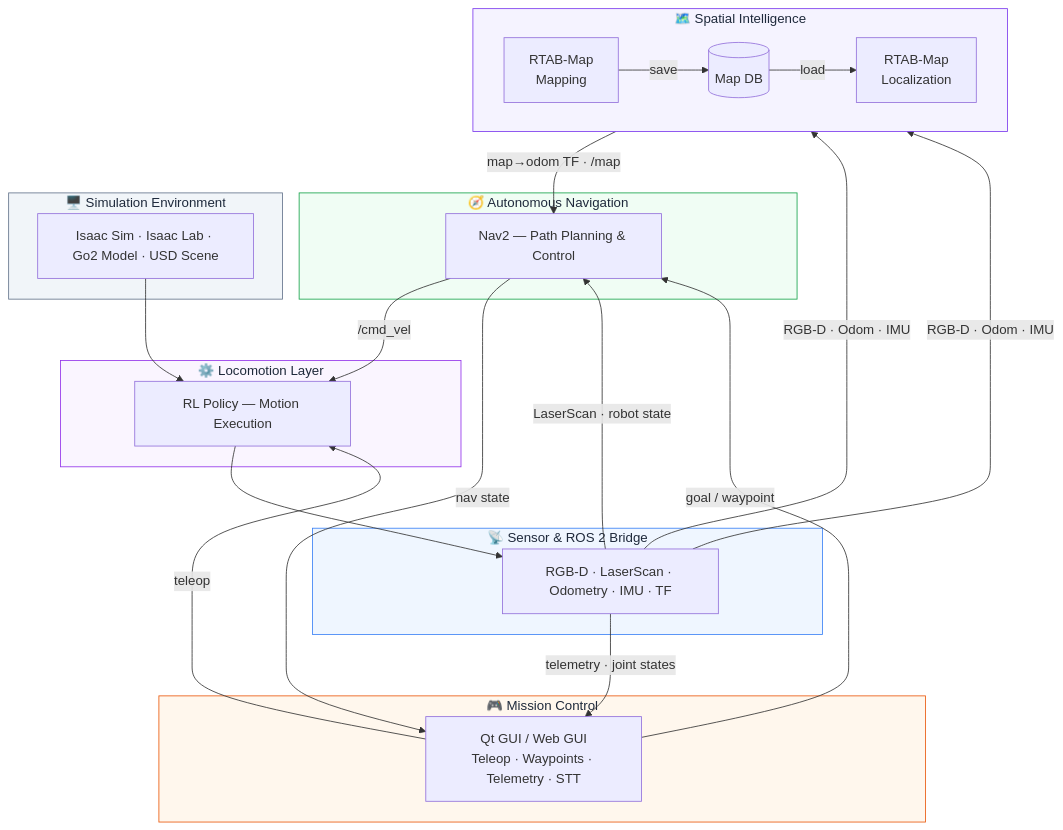
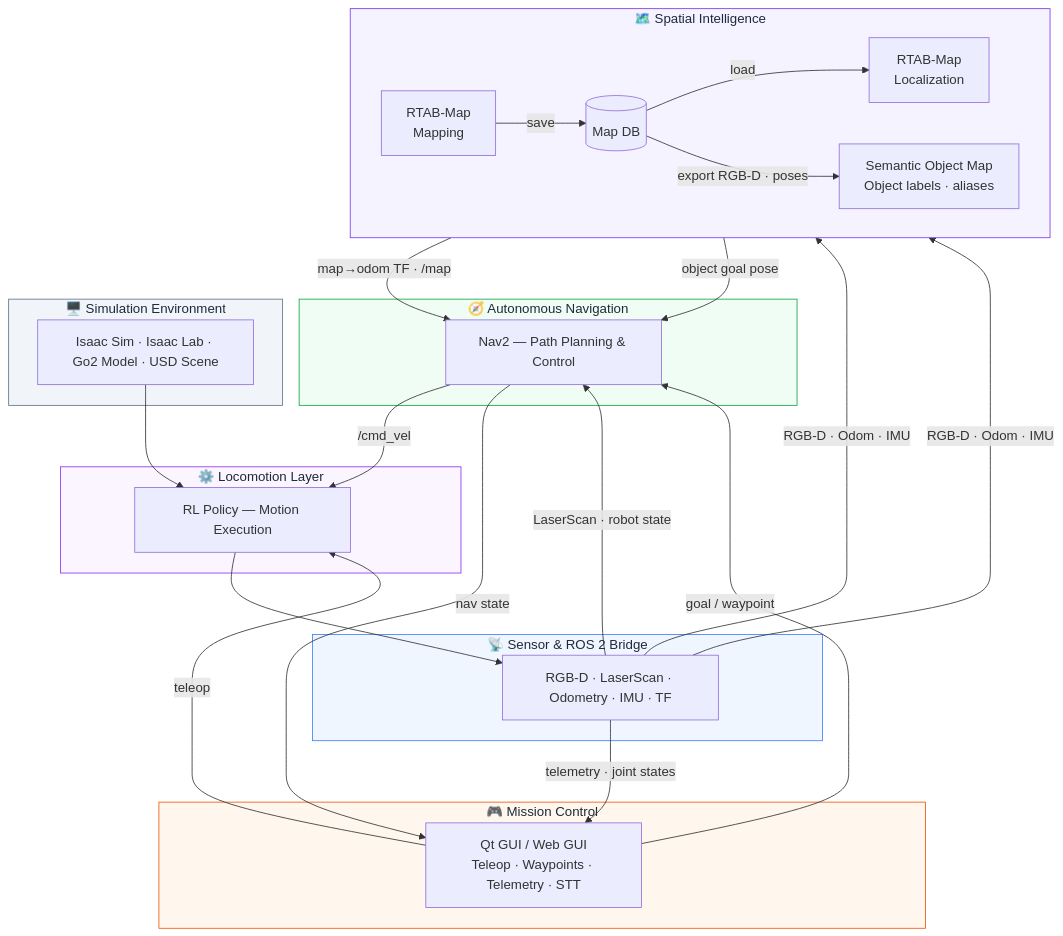
One commit to leesj24601/Go2_Intelligence_Framework changed the diagram in Readme.md. Above: the diagram before and after it, drawn with Mermaid. The commit also changed other lines of this file and 6 other files, not shown here.

````diff
--- a/Readme.md
+++ b/Readme.md
@@ -45,46 +46,48 @@
 ```mermaid
 flowchart TB
     subgraph MISSION["🎮 Mission Control"]
         GUI["Qt GUI / Web GUI\nTeleop · Waypoints · Telemetry · STT"]
     end
 
     subgraph AUTON["🧭 Autonomous Navigation"]
         NAV["Nav2 — Path Planning & Control"]
     end
 
     subgraph SPATIAL["🗺️ Spatial Intelligence"]
         direction LR
         MAP["RTAB-Map\nMapping"] -->|save| DB[("Map DB")] -->|load| LOCAL["RTAB-Map\nLocalization"]
+        DB -->|export RGB-D · poses| SEM["Semantic Object Map\nObject labels · aliases"]
     end
 
     subgraph SENSOR["📡 Sensor & ROS 2 Bridge"]
         SENS["RGB-D · LaserScan · Odometry · IMU · TF"]
     end
 
     subgraph LOCO["⚙️ Locomotion Layer"]
         LOC["RL Policy — Motion Execution"]
     end
 
     subgraph SIM["🖥️ Simulation Environment"]
         ENV["Isaac Sim · Isaac Lab · Go2 Model · USD Scene"]
     end
 
     ENV --> LOC
     LOC --> SENS
     SENS -->|"RGB-D · Odom · IMU"| MAP
     SENS -->|"RGB-D · Odom · IMU"| LOCAL
     SENS -->|"LaserScan · robot state"| NAV
     SENS -->|"telemetry · joint states"| GUI
     LOCAL -->|"map→odom TF · /map"| NAV
+    SEM -->|"object goal pose"| NAV
     NAV -->|/cmd_vel| LOC
     NAV -->|nav state| GUI
     GUI -->|"goal / waypoint"| NAV
     GUI -->|teleop| LOC
 
     style MISSION fill:#fff7ed,stroke:#ea580c,color:#1e293b
     style AUTON fill:#f0fdf4,stroke:#16a34a,color:#1e293b
     style SPATIAL fill:#f5f3ff,stroke:#7c3aed,color:#1e293b
     style SENSOR fill:#eff6ff,stroke:#3b82f6,color:#1e293b
     style LOCO fill:#faf5ff,stroke:#9333ea,color:#1e293b
     style SIM fill:#f1f5f9,stroke:#64748b,color:#1e293b
 ```
````
